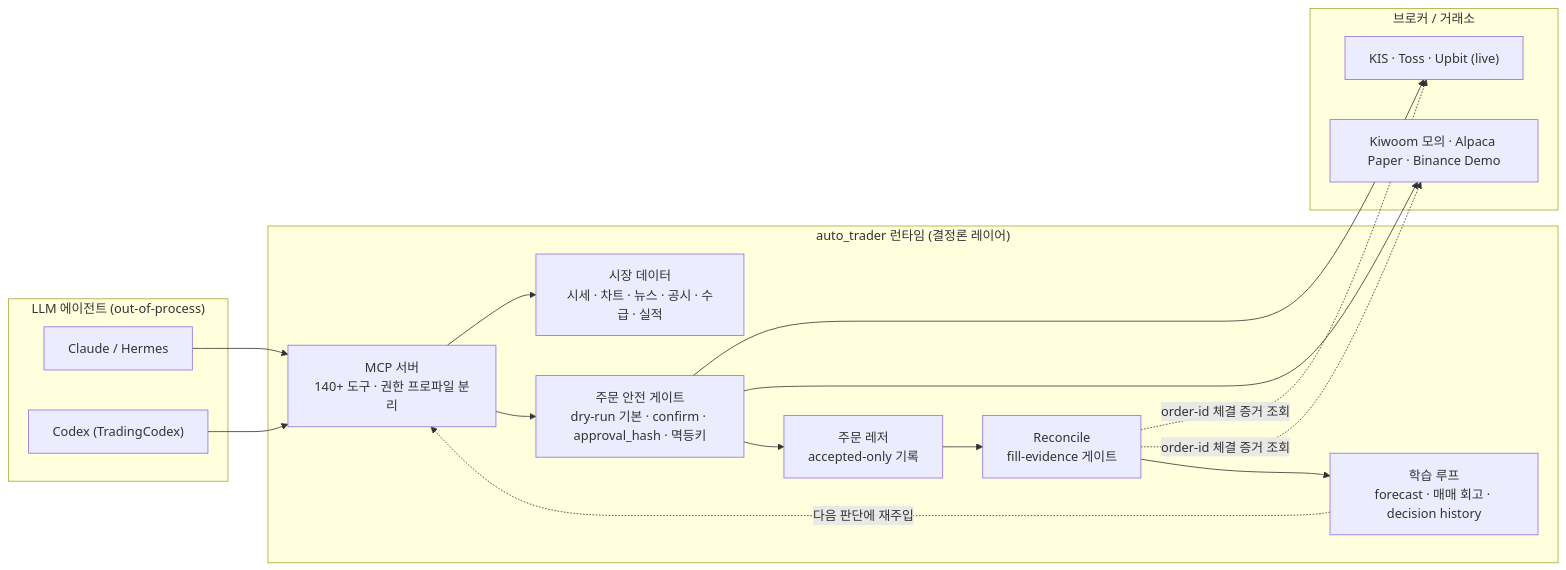
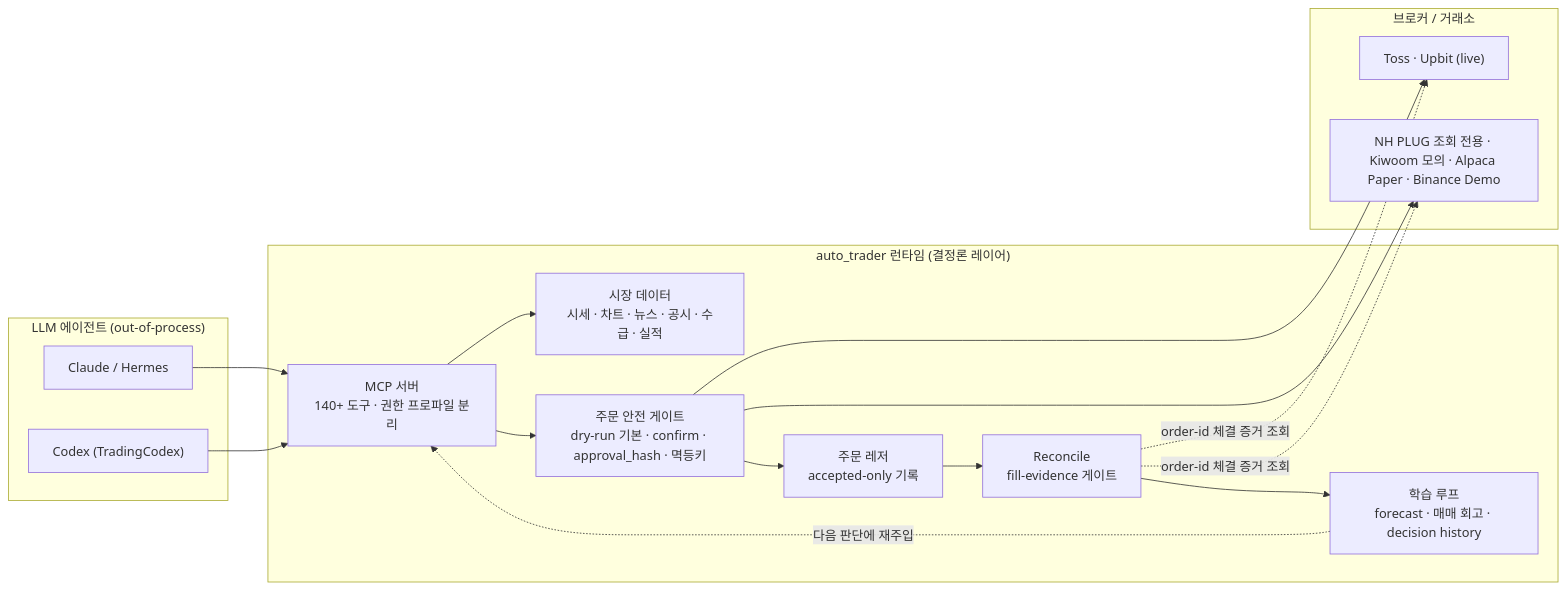
One commit to gim47656-ship-it/KAsset-Trader-Core changed the diagram in README.md. Above: the diagram before and after it, drawn with Mermaid. The commit also changed other lines of this file and 402 other files, not shown here.

````diff
--- a/README.md
+++ b/README.md
@@ -13,31 +13,31 @@
 ```mermaid
 flowchart LR
     subgraph Agents["LLM 에이전트 (out-of-process)"]
         A1["Claude / Hermes"]
         A2["Codex (TradingCodex)"]
     end
 
     subgraph Runtime["auto_trader 런타임 (결정론 레이어)"]
         MCP["MCP 서버<br/>140+ 도구 · 권한 프로파일 분리"]
         DATA["시장 데이터<br/>시세 · 차트 · 뉴스 · 공시 · 수급 · 실적"]
         GATE["주문 안전 게이트<br/>dry-run 기본 · confirm · approval_hash · 멱등키"]
         LEDGER["주문 레저<br/>accepted-only 기록"]
         REC["Reconcile<br/>fill-evidence 게이트"]
         LOOP["학습 루프<br/>forecast · 매매 회고 · decision history"]
     end
 
     subgraph Brokers["브로커 / 거래소"]
-        B1["KIS · Toss · Upbit (live)"]
-        B2["Kiwoom 모의 · Alpaca Paper · Binance Demo"]
+        B1["Toss · Upbit (live)"]
+        B2["NH PLUG 조회 전용 · Kiwoom 모의 · Alpaca Paper · Binance Demo"]
     end
 
     A1 & A2 --> MCP
     MCP --> DATA
     MCP --> GATE
     GATE --> B1 & B2
     GATE --> LEDGER
     LEDGER --> REC
     REC -. "order-id 체결 증거 조회" .-> B1 & B2
     REC --> LOOP
     LOOP -. "다음 판단에 재주입" .-> MCP
 ```
````
